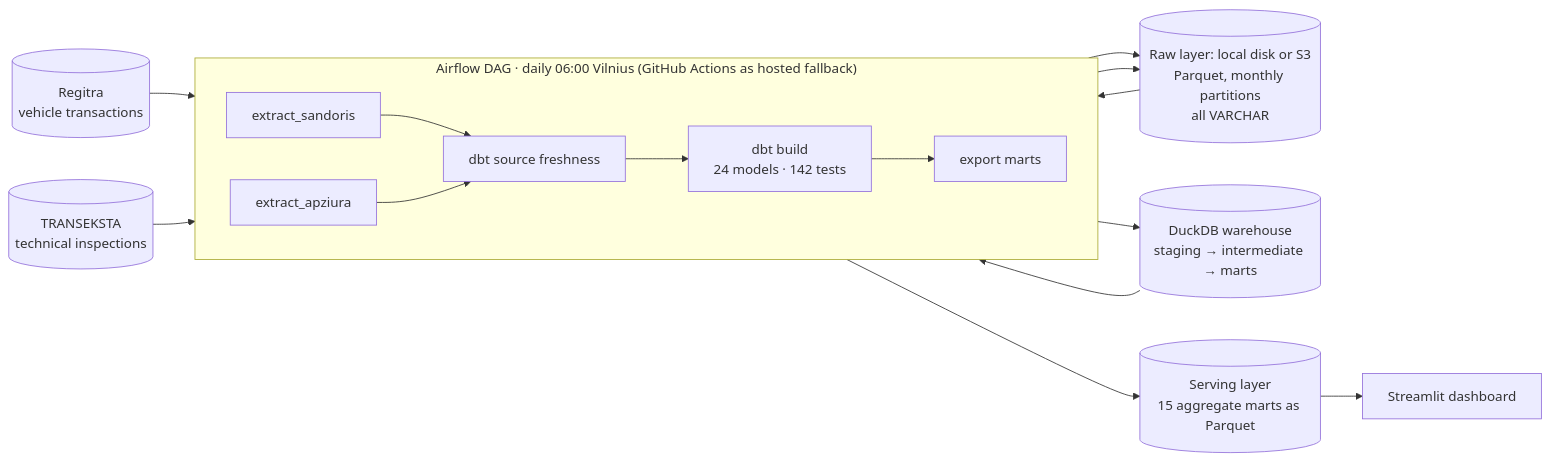
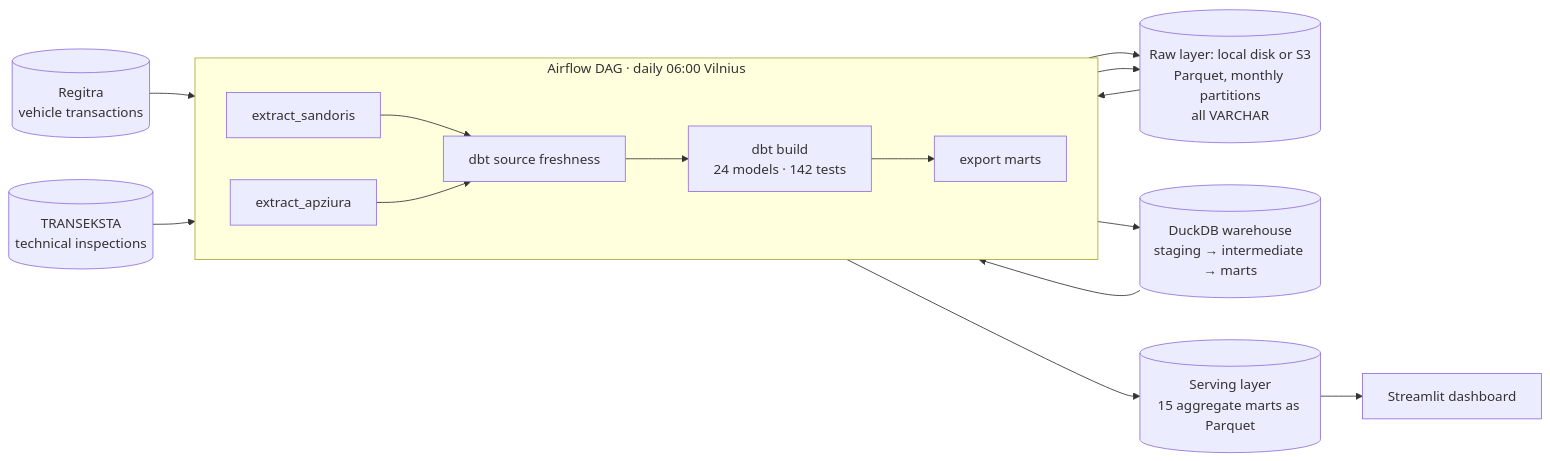
Before and after one commit to ismayil-sultanli/lt-vehicle-market-pipeline: the first of 2 diagrams in README.md, drawn with Mermaid. The commit also changed other lines of this file and 5 other files, not shown here.

````diff
--- a/README.md
+++ b/README.md
@@ -66,28 +66,28 @@
 ```mermaid
 flowchart LR
     A1[("Regitra<br/>vehicle transactions")]
     A2[("TRANSEKSTA<br/>technical inspections")]
 
-    subgraph Airflow["Airflow DAG · daily 06:00 Vilnius (GitHub Actions as hosted fallback)"]
+    subgraph Airflow["Airflow DAG · daily 06:00 Vilnius"]
         direction LR
         E1["extract_sandoris"]
         E2["extract_apziura"]
         F["dbt source freshness"]
         B["dbt build<br/>24 models · 142 tests"]
         X["export marts"]
         E1 --> F
         E2 --> F
         F --> B --> X
     end
 
     RAW[("Raw layer: local disk or S3<br/>Parquet, monthly partitions<br/>all VARCHAR")]
     WH[("DuckDB warehouse<br/>staging → intermediate → marts")]
     SERVE[("Serving layer<br/>15 aggregate marts as Parquet")]
     DASH["Streamlit dashboard"]
 
     A1 --> E1
     A2 --> E2
     E1 --> RAW
     E2 --> RAW
     RAW --> B --> WH --> X --> SERVE --> DASH
 ```
````
